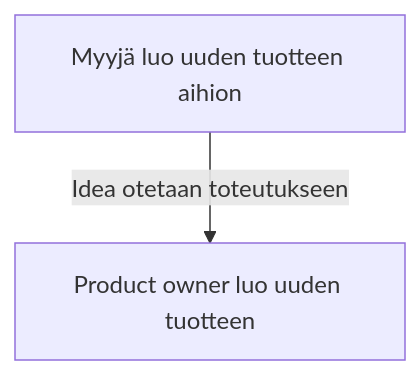
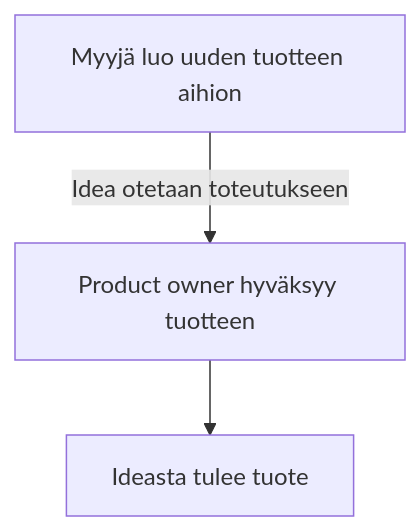
Before and after one commit to martimik/TuHlaRi-core: the fifth of 13 diagrams in dokumentit/02-vaatimusmaarittely/vaatimusmaarittely.md, drawn with Mermaid.

````diff
--- a/dokumentit/02-vaatimusmaarittely/vaatimusmaarittely.md
+++ b/dokumentit/02-vaatimusmaarittely/vaatimusmaarittely.md
@@ -136,5 +136,6 @@
 ```mermaid
  graph TD
-A["Myyjä luo uuden tuotteen aihion"]-->|Idea otetaan toteutukseen|B["Product owner luo uuden tuotteen"]
+A["Myyjä luo uuden tuotteen aihion"]-->|Idea otetaan toteutukseen|B["Product owner hyväksyy tuotteen"]
+B-->C["Ideasta tulee tuote"]
 
 ```
````
